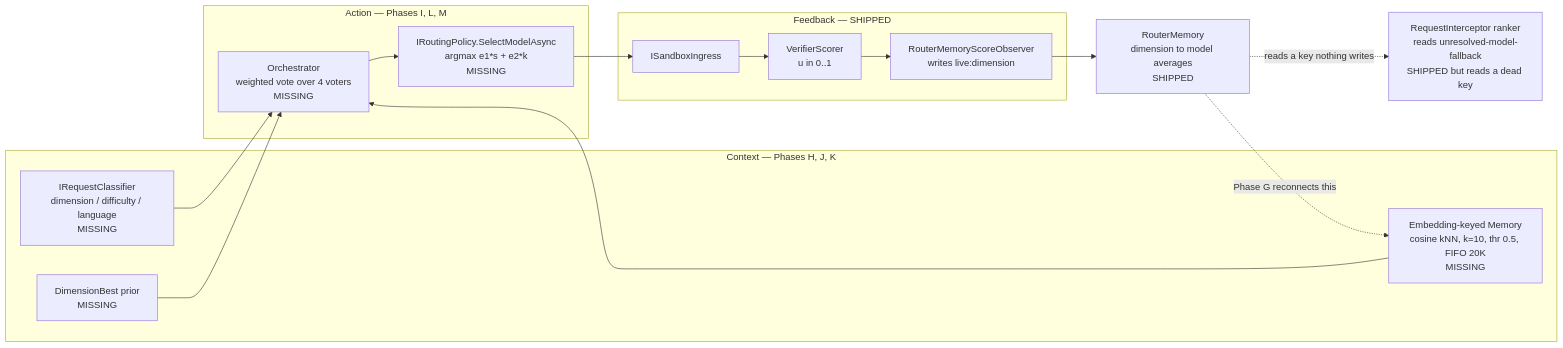
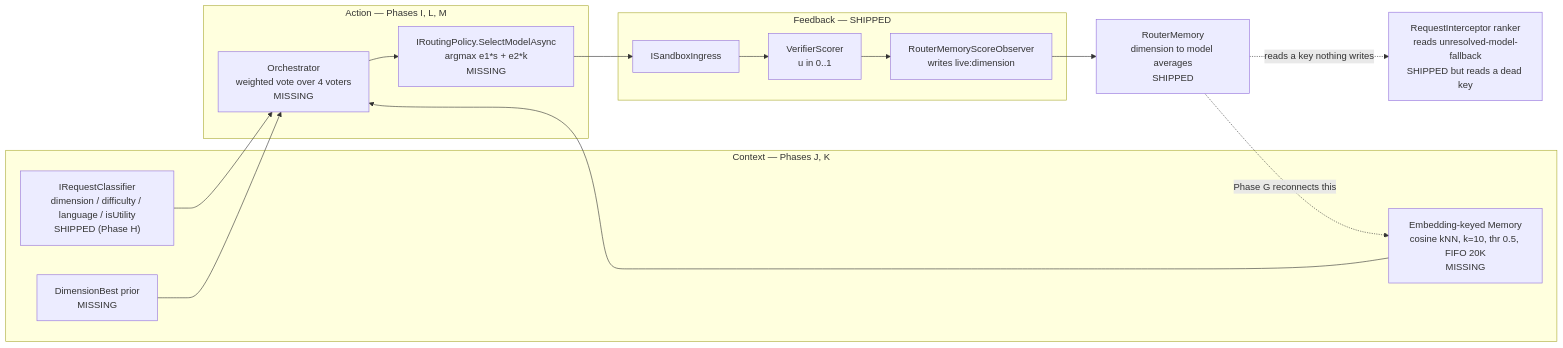
Before and after one commit to davidpizon/TotallyHot-ArcRouter: the diagram in src/PLAN.md, drawn with Mermaid. The commit also changed other lines of this file and 10 other files, not shown here.

First line of the commit message:
Add request classifier: context leg, dimension, difficulty

````diff
--- a/src/PLAN.md
+++ b/src/PLAN.md
@@ -17,33 +17,33 @@
 ```mermaid
 flowchart LR
-    subgraph CTX["Context — Phases H, J, K"]
-        CLS["IRequestClassifier<br/>dimension / difficulty / language<br/>MISSING"]
+    subgraph CTX["Context — Phases J, K"]
+        CLS["IRequestClassifier<br/>dimension / difficulty / language / isUtility<br/>SHIPPED (Phase H)"]
         MEM["Embedding-keyed Memory<br/>cosine kNN, k=10, thr 0.5, FIFO 20K<br/>MISSING"]
         PRIOR["DimensionBest prior<br/>MISSING"]
     end
 
     subgraph ACT["Action — Phases I, L, M"]
         ORC["Orchestrator<br/>weighted vote over 4 voters<br/>MISSING"]
         POL["IRoutingPolicy.SelectModelAsync<br/>argmax e1*s + e2*k<br/>MISSING"]
     end
 
     subgraph FB["Feedback — SHIPPED"]
         ING["ISandboxIngress"]
         VER["VerifierScorer<br/>u in 0..1"]
         OBS["RouterMemoryScoreObserver<br/>writes live:dimension"]
     end
 
     RM["RouterMemory<br/>dimension to model averages<br/>SHIPPED"]
     RI["RequestInterceptor ranker<br/>reads unresolved-model-fallback<br/>SHIPPED but reads a dead key"]
 
     CLS --> ORC
     MEM --> ORC
     PRIOR --> ORC
     ORC --> POL
     POL --> ING
     ING --> VER
     VER --> OBS
     OBS --> RM
     RM -.->|"Phase G reconnects this"| MEM
     RM -.->|"reads a key nothing writes"| RI
 ```
````
